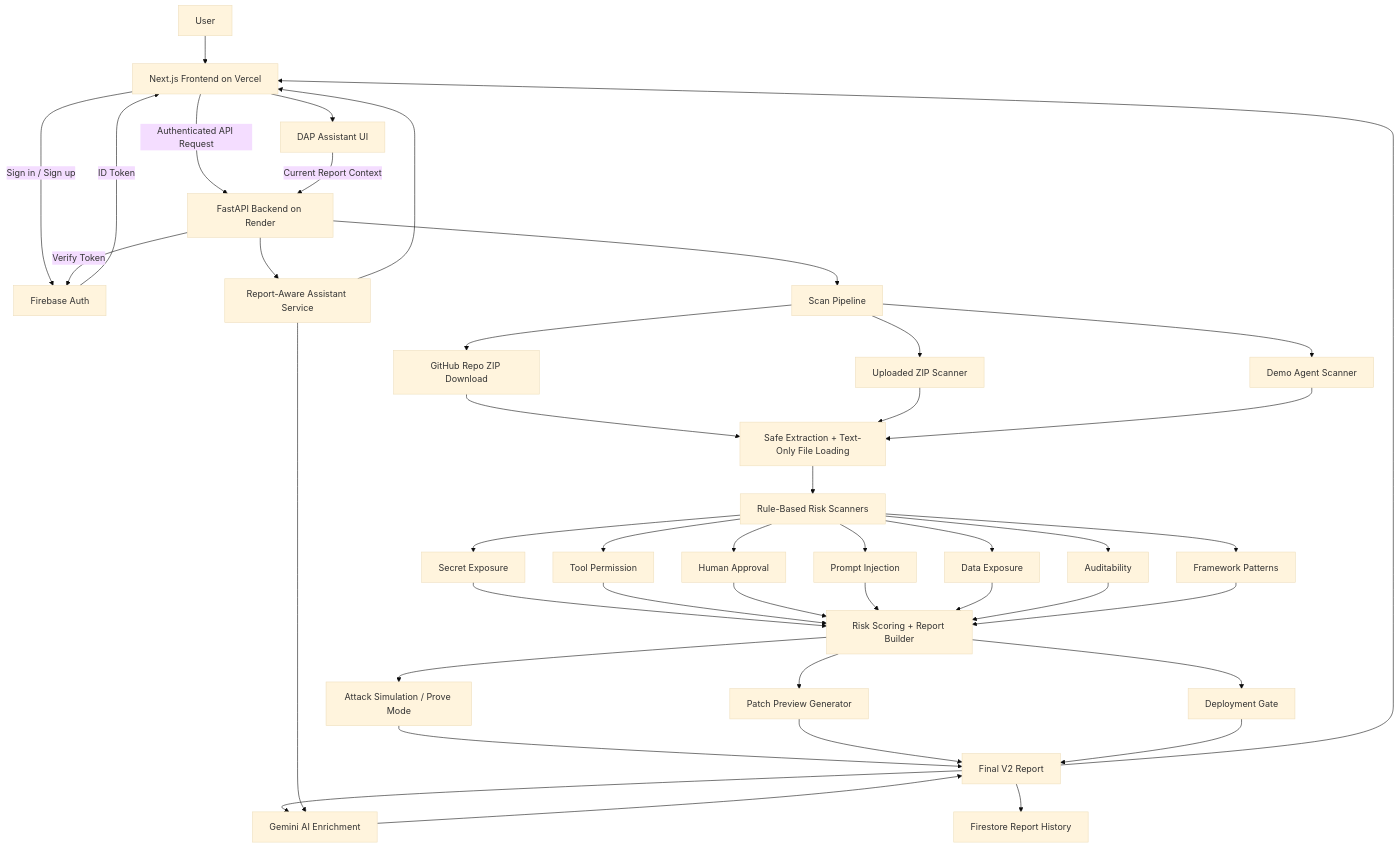
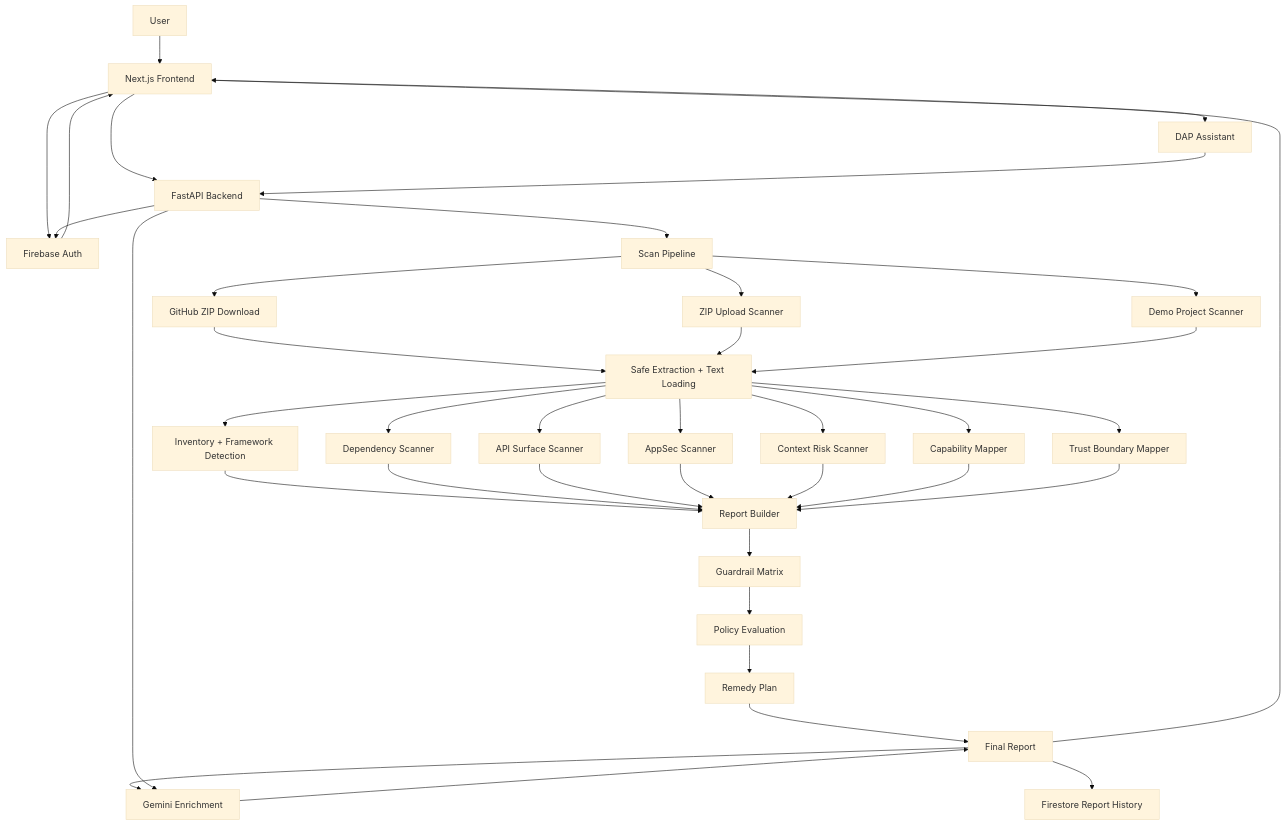
The diagram in README.md (Dhruvg334/a-dap-t), drawn with Mermaid (base theme) before and after one commit. The commit also changed other lines of this file and 1 other file, not shown here.

````diff
--- a/README.md
+++ b/README.md
@@ -115,58 +224,51 @@
 ```mermaid
 flowchart TD
-    U[User] --> F[Next.js Frontend on Vercel]
+    U[User] --> F[Next.js Frontend]
 
-    F -->|Sign in / Sign up| AUTH[Firebase Auth]
-    AUTH -->|ID Token| F
+    F --> AUTH[Firebase Auth]
+    AUTH --> F
 
-    F -->|Authenticated API Request| API[FastAPI Backend on Render]
-    API -->|Verify Token| AUTH
+    F --> API[FastAPI Backend]
+    API --> AUTH
 
     API --> SCAN[Scan Pipeline]
 
-    SCAN --> GH[GitHub Repo ZIP Download]
-    SCAN --> ZIP[Uploaded ZIP Scanner]
-    SCAN --> DEMO[Demo Agent Scanner]
+    SCAN --> GH[GitHub ZIP Download]
+    SCAN --> ZIP[ZIP Upload Scanner]
+    SCAN --> DEMO[Demo Project Scanner]
 
-    GH --> SAFE[Safe Extraction + Text-Only File Loading]
+    GH --> SAFE[Safe Extraction + Text Loading]
     ZIP --> SAFE
     DEMO --> SAFE
 
-    SAFE --> RULES[Rule-Based Risk Scanners]
+    SAFE --> INV[Inventory + Framework Detection]
+    SAFE --> DEP[Dependency Scanner]
+    SAFE --> APISEC[API Surface Scanner]
+    SAFE --> APPSEC[AppSec Scanner]
+    SAFE --> CTX[Context Risk Scanner]
+    SAFE --> CAP[Capability Mapper]
+    SAFE --> TRUST[Trust Boundary Mapper]
 
-    RULES --> R1[Secret Exposure]
-    RULES --> R2[Tool Permission]
-    RULES --> R3[Human Approval]
-    RULES --> R4[Prompt Injection]
-    RULES --> R5[Data Exposure]
-    RULES --> R6[Auditability]
-    RULES --> R7[Framework Patterns]
+    INV --> REPORT[Report Builder]
+    DEP --> REPORT
+    APISEC --> REPORT
+    APPSEC --> REPORT
+    CTX --> REPORT
+    CAP --> REPORT
+    TRUST --> REPORT
 
-    R1 --> SCORE[Risk Scoring + Report Builder]
-    R2 --> SCORE
-    R3 --> SCORE
-    R4 --> SCORE
-    R5 --> SCORE
-    R6 --> SCORE
-    R7 --> SCORE
+    REPORT --> GUARD[Guardrail Matrix]
+    GUARD --> POLICY[Policy Evaluation]
+    POLICY --> REMEDY[Remedy Plan]
+    REMEDY --> FINAL[Final Report]
 
-    SCORE --> PROVE[Attack Simulation / Prove Mode]
-    SCORE --> PATCH[Patch Preview Generator]
-    SCORE --> GATE[Deployment Gate]
+    FINAL --> GEMINI[Gemini Enrichment]
+    GEMINI --> FINAL
 
-    PROVE --> REPORT[Final V2 Report]
-    PATCH --> REPORT
-    GATE --> REPORT
+    FINAL --> FIRESTORE[Firestore Report History]
+    FINAL --> F
 
-    REPORT --> GEMINI[Gemini AI Enrichment]
-    GEMINI --> REPORT
-
-    REPORT --> FIRESTORE[Firestore Report History]
-    REPORT --> F
-
-    F --> DAP[DAP Assistant UI]
-    DAP -->|Current Report Context| API
-    API --> ASSISTANT[Report-Aware Assistant Service]
-    ASSISTANT --> GEMINI
-    ASSISTANT --> F
+    F --> DAP[DAP Assistant]
+    DAP --> API
+    API --> GEMINI
 ```
````
